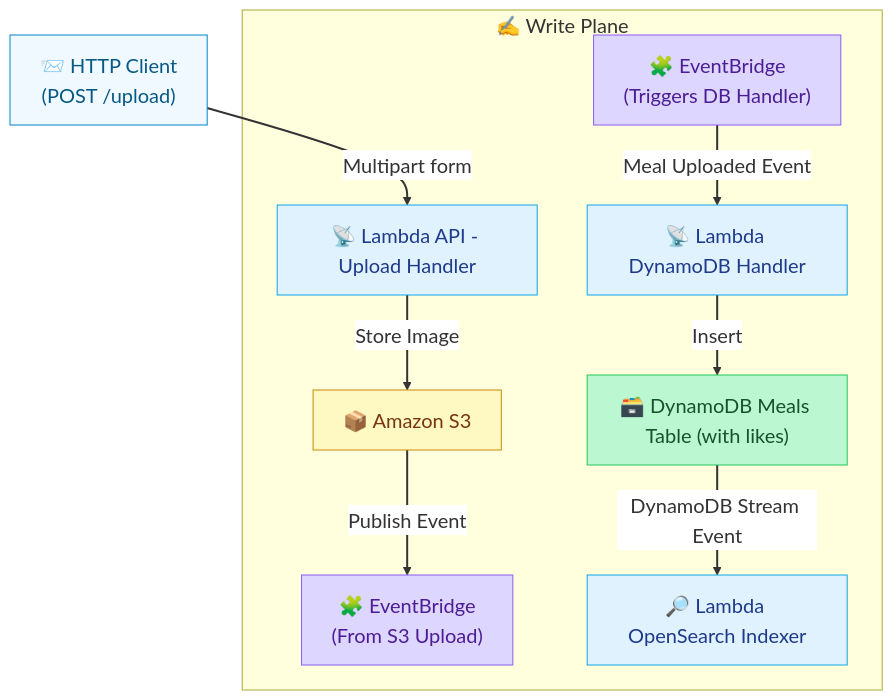
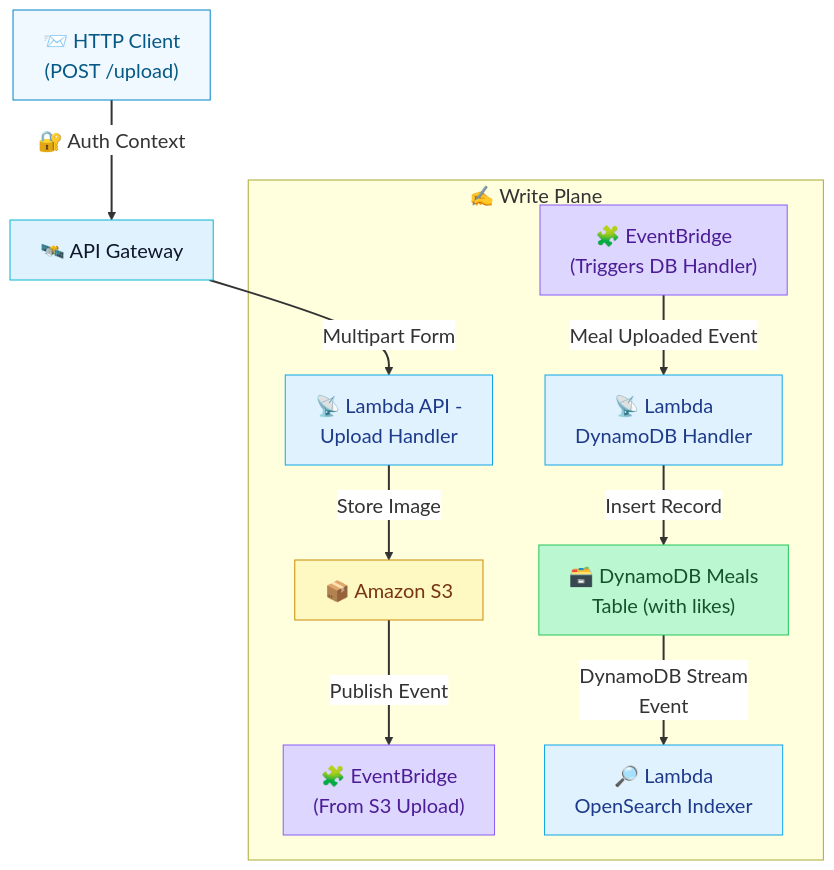
The diagram in services/docs/write_plane.mmd (Venkat-Gorla/smartmeal-serverless), drawn with Mermaid before and after one commit.

Commit message:
[mermaid] write plane auth context and API gateway components

```diff
--- a/services/docs/write_plane.mmd
+++ b/services/docs/write_plane.mmd
@@ -1,30 +1,34 @@
 %%{init: {"theme": "default", "themeVariables": { "fontSize": "20px", "primaryColor": "#E0F2FE", "edgeLabelBackground":"#ffffff"}}}%%
 flowchart TD
 
   A["📨 HTTP Client<br/>(POST /upload)"]:::client
+  %% X["🔐 Auth Context"]:::auth
+  Y["🛰️ API Gateway"]:::apigw
 
   subgraph WRITE["✍️ Write Plane"]
-    B["📡 Lambda API - Upload Handler"]:::lambda
+    B["📡 Lambda API -<br/>Upload Handler"]:::lambda
     C["📦 Amazon S3"]:::s3
     D["🧩 EventBridge<br/>(From S3 Upload)"]:::event
     E["🧩 EventBridge<br/>(Triggers DB Handler)"]:::event
-    F["📡 Lambda DynamoDB Handler"]:::lambda
-    G["🗃️ DynamoDB Meals Table (with likes)"]:::ddb
-    H["🔎 Lambda OpenSearch Indexer"]:::lambda
+    F["📡 Lambda<br/>DynamoDB Handler"]:::lambda
+    G["🗃️ DynamoDB Meals<br/>Table (with likes)"]:::ddb
+    H["🔎 Lambda<br/>OpenSearch Indexer"]:::lambda
   end
 
-  A -->|Multipart form| B
+  A -->|🔐 Auth Context| Y -->|Multipart Form| B
   B -->|Store Image| C
   C -->|Publish Event| D
   E -->|Meal Uploaded Event| F
-  F -->|Insert| G
-  G -->|DynamoDB Stream Event| H
+  F -->|Insert Record| G
+  G -->|DynamoDB Stream<br/>Event| H
 
   classDef client fill:#F0F9FF,stroke:#0284C7,color:#075985;
+  classDef auth fill:#E0F2FE,stroke:#A3A3A3,color:#525252;
+  classDef apigw fill:#E0F2FE,stroke:#06B6D4,color:#0F172A;
   classDef lambda fill:#E0F2FE,stroke:#0EA5E9,color:#1E3A8A;
   classDef s3 fill:#FEF9C3,stroke:#CA8A04,color:#78350F;
   classDef event fill:#DDD6FE,stroke:#8B5CF6,color:#4C1D95;
   classDef ddb fill:#BBF7D0,stroke:#22C55E,color:#14532D;
   classDef search fill:#F3E8FF,stroke:#A855F7,color:#6B21A8;
 
   linkStyle default stroke-width:2px,fill:none;
```
